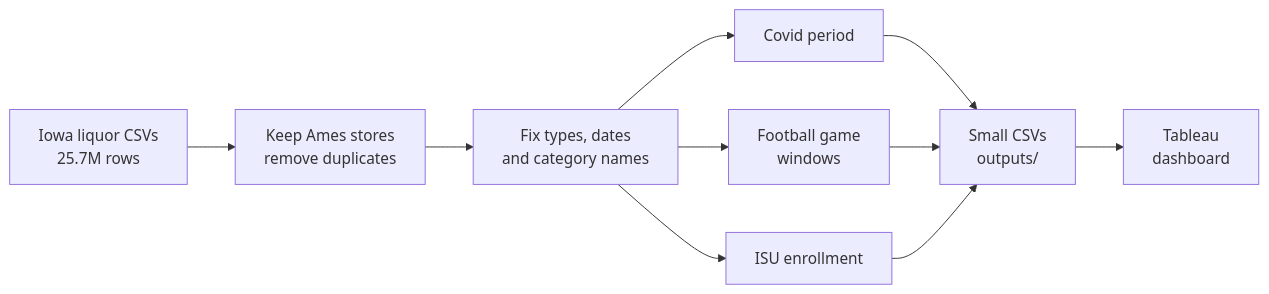
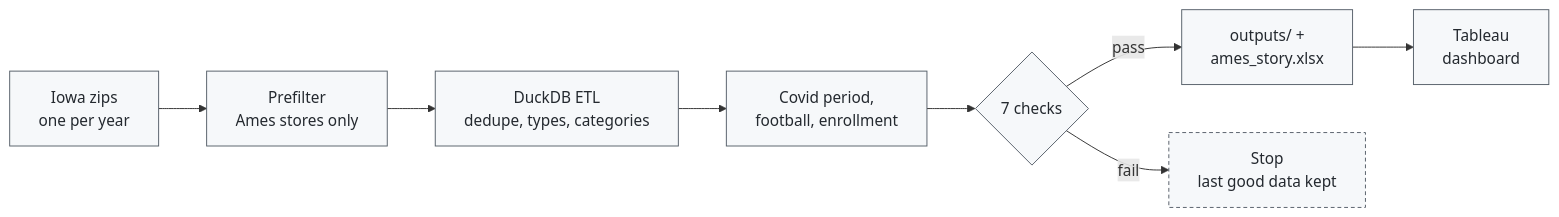
One commit to Venkatanarayanamallineni/ames-liquor-dashboard changed the diagram in README.md. Above: the diagram before and after it, drawn with Mermaid. The commit also changed other lines of this file and 13 other files, not shown here.

Commit message:
Automated refresh, 2016-2026 data, 7 checks, README and DMAIC update

````diff
--- a/README.md
+++ b/README.md
@@ -60,12 +63,15 @@
 ```mermaid
 flowchart LR
-  A["Iowa liquor CSVs<br/>25.7M rows"] --> B["Keep Ames stores<br/>remove duplicates"]
-  B --> C["Fix types, dates<br/>and category names"]
-  C --> D["Covid period"]
-  C --> E["Football game<br/>windows"]
-  C --> F["ISU enrollment"]
-  D --> G["Small CSVs<br/>outputs/"]
-  E --> G
-  F --> G
-  G --> H["Tableau<br/>dashboard"]
+  A["Iowa zips<br/>one per year"] --> B["Prefilter<br/>Ames stores only"]
+  B --> C["DuckDB ETL<br/>dedupe, types, categories"]
+  C --> D["Covid period,<br/>football, enrollment"]
+  D --> E{"7 checks"}
+  E -- pass --> F["outputs/ +<br/>ames_story.xlsx"]
+  E -- fail --> G["Stop<br/>last good data kept"]
+  F --> H["Tableau<br/>dashboard"]
+
+  classDef node fill:#f6f8fa,stroke:#57606a,color:#24292f;
+  classDef stop fill:#f6f8fa,stroke:#57606a,color:#24292f,stroke-dasharray:4 3;
+  class A,B,C,D,E,F,H node;
+  class G stop;
 ```
````
